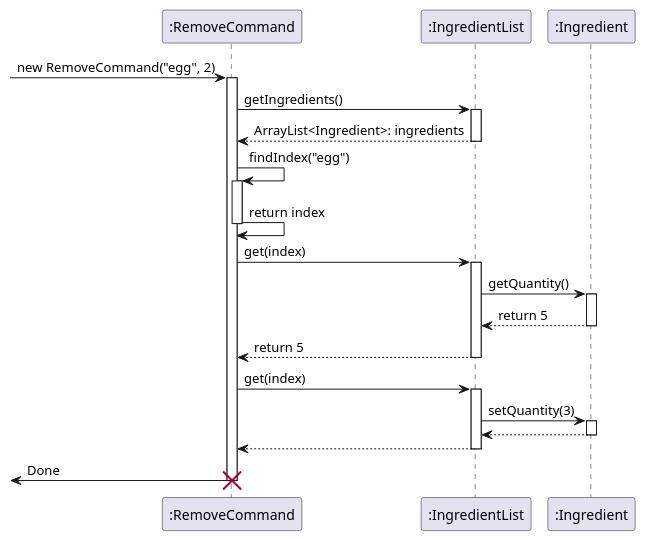
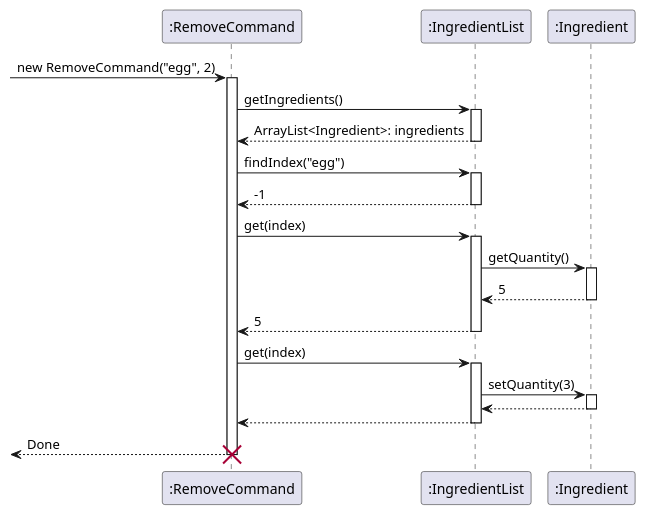
One commit to nus-cs2113-AY2223S2/tp changed the diagram in docs/UML diagrams/RemoveIngredientSequence.puml. Above: the diagram before and after it, drawn with PlantUML. The commit also changed 10 other files, not shown here.

```diff
--- a/docs/UML diagrams/RemoveIngredientSequence.puml
+++ b/docs/UML diagrams/RemoveIngredientSequence.puml
@@ -1,42 +1,41 @@
 @startuml
 'https://plantuml.com/sequence-diagram
 
 [-> ":RemoveCommand": new RemoveCommand("egg", 2)
 
 activate ":RemoveCommand"
 
 ":RemoveCommand" -> ":IngredientList": getIngredients()
 activate ":IngredientList"
 ":RemoveCommand" <-- ":IngredientList": ArrayList<Ingredient>: ingredients
 deactivate ":IngredientList"
 
-":RemoveCommand" -> ":RemoveCommand": findIndex("egg")
-activate ":RemoveCommand"
+":RemoveCommand" -> ":IngredientList": findIndex("egg")
+activate ":IngredientList"
+":RemoveCommand" <-- ":IngredientList": -1
+deactivate ":IngredientList"
 
-":RemoveCommand" -> ":RemoveCommand": return index
-
-deactivate ":RemoveCommand"
 
 ":RemoveCommand" -> ":IngredientList": get(index)
 activate ":IngredientList"
 ":IngredientList" -> ":Ingredient": getQuantity()
 activate ":Ingredient"
-":IngredientList" <-- ":Ingredient": return 5
+":IngredientList" <-- ":Ingredient": 5
 deactivate ":Ingredient"
-":RemoveCommand" <-- ":IngredientList": return 5
+":RemoveCommand" <-- ":IngredientList":5
 deactivate ":IngredientList"
 
 
 ":RemoveCommand" -> ":IngredientList": get(index)
 activate ":IngredientList"
 ":IngredientList" -> ":Ingredient": setQuantity(3)
 activate ":Ingredient"
 ":IngredientList" <-- ":Ingredient":
 deactivate ":Ingredient"
 ":RemoveCommand" <-- ":IngredientList":
 deactivate ":IngredientList"
 
-[<- ":RemoveCommand": Done
+[<-- ":RemoveCommand": Done
 destroy ":RemoveCommand"
 deactivate ":RemoveCommand"
 @enduml
```
